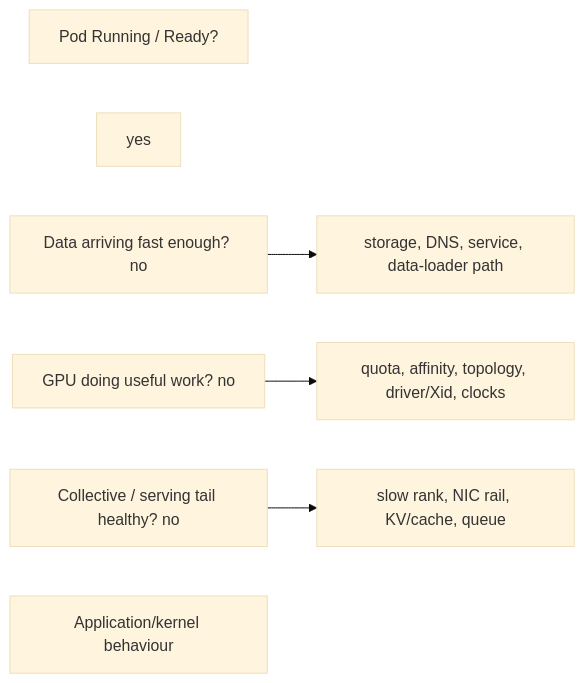
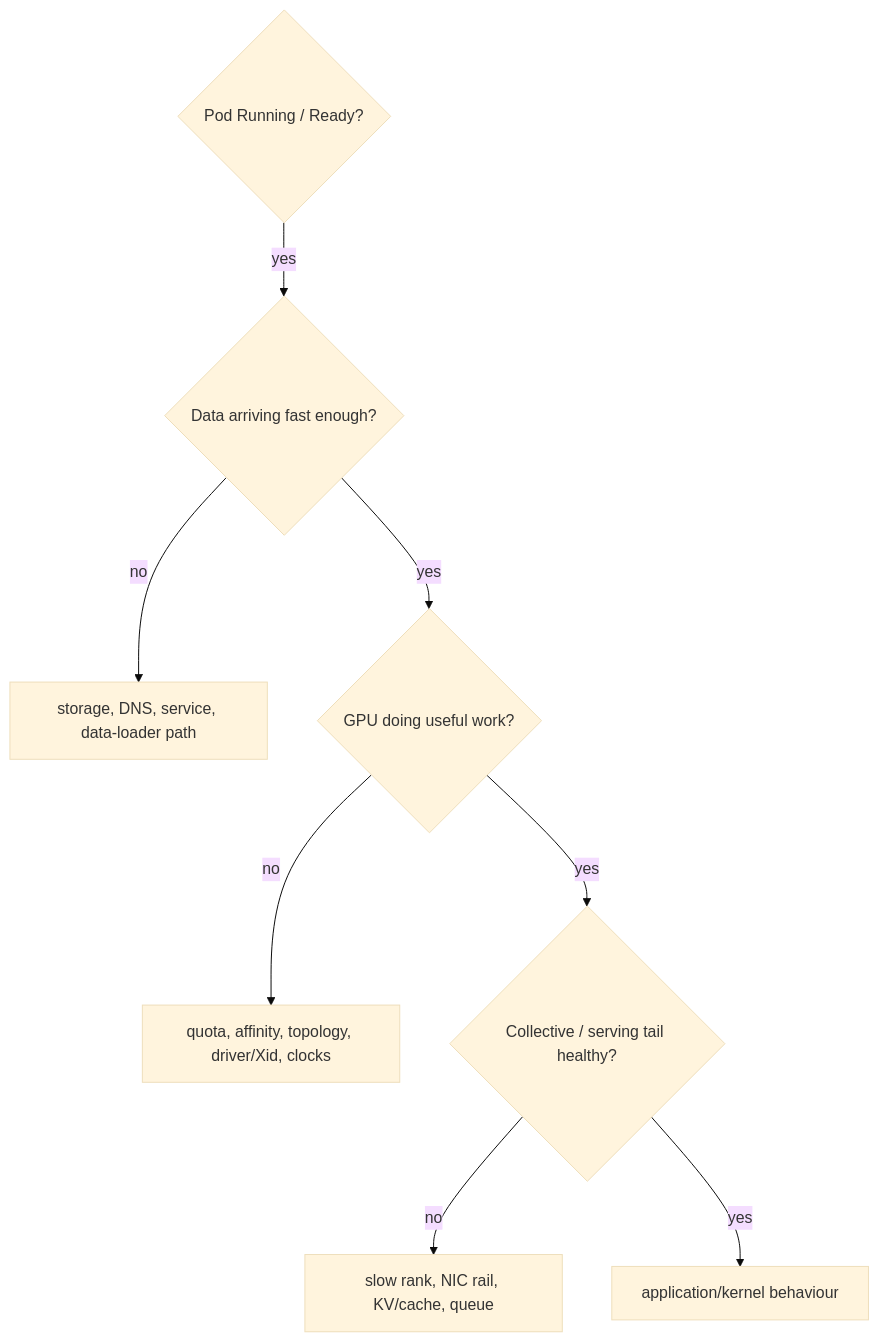
The diagram in docs/volume-01/13-senior-troubleshooting-exercise-slow-gpu-job-with-healthy-kubernetes.md (jithinpnjm/nvidia-devops), drawn with Mermaid (base theme) before and after one commit. The commit also changed other lines of this file and 99 other files, not shown here.

````diff
--- a/docs/volume-01/13-senior-troubleshooting-exercise-slow-gpu-job-with-healthy-kubernetes.md
+++ b/docs/volume-01/13-senior-troubleshooting-exercise-slow-gpu-job-with-healthy-kubernetes.md
@@ -58,16 +53,10 @@
 ```mermaid
-flowchart LR
-  %% Converted from the original ASCII diagram; source wording is preserved.
-  n0["Pod Running / Ready?"]
-  n1["yes"]
-  n2["Data arriving fast enough? no"]
-  n3["storage, DNS, service, data-loader path"]
-  n4["GPU doing useful work? no"]
-  n5["quota, affinity, topology, driver/Xid, clocks"]
-  n6["Collective / serving tail healthy? no"]
-  n7["slow rank, NIC rail, KV/cache, queue"]
-  n8["Application/kernel behaviour"]
-  n2 --> n3
-  n4 --> n5
-  n6 --> n7
+flowchart TD
+  Pod{"Pod Running / Ready?"} -->|"yes"| Data{"Data arriving fast enough?"}
+  Data -->|"no"| DataPath["storage, DNS, service, data-loader path"]
+  Data -->|"yes"| GPU{"GPU doing useful work?"}
+  GPU -->|"no"| GPUPath["quota, affinity, topology, driver/Xid, clocks"]
+  GPU -->|"yes"| Tail{"Collective / serving tail healthy?"}
+  Tail -->|"no"| TailPath["slow rank, NIC rail, KV/cache, queue"]
+  Tail -->|"yes"| App["application/kernel behaviour"]
 ```
````
